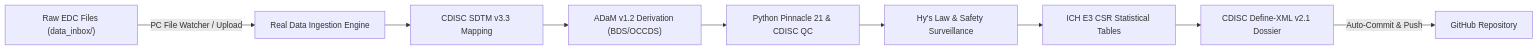
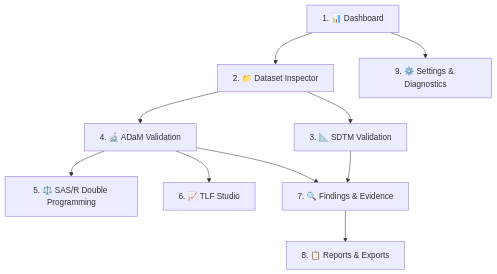
The diagram in README.md (NarasimhaMachineni/clinical-ai-agent), drawn with Mermaid before and after one commit. The commit also changed other lines of this file and 25 other files, not shown here.

````diff
--- a/README.md
+++ b/README.md
@@ -9,11 +16,12 @@
 ```mermaid
-flowchart LR
-    A["Raw EDC Files (data_inbox/)"] -->|PC File Watcher / Upload| B["Real Data Ingestion Engine"]
-    B --> C["CDISC SDTM v3.3 Mapping"]
-    C --> D["ADaM v1.2 Derivation (BDS/OCCDS)"]
-    D --> E["Python Pinnacle 21 & CDISC QC"]
-    E --> F["Hy's Law & Safety Surveillance"]
-    F --> G["ICH E3 CSR Statistical Tables"]
-    G --> H["CDISC Define-XML v2.1 Dossier"]
-    H -->|Auto-Commit & Push| I["GitHub Repository"]
+flowchart TD
+    DASH["1. 📊 Dashboard"] --> INSP["2. 📁 Dataset Inspector"]
+    INSP --> SDTM["3. 📐 SDTM Validation"]
+    INSP --> ADAM["4. 🔬 ADaM Validation"]
+    ADAM --> DBL["5. ⚖️ SAS/R Double Programming"]
+    ADAM --> TLF["6. 📈 TLF Studio"]
+    SDTM --> FIND["7. 🔍 Findings & Evidence"]
+    ADAM --> FIND
+    FIND --> REP["8. 📋 Reports & Exports"]
+    DASH --> SET["9. ⚙️ Settings & Diagnostics"]
 ```
````
